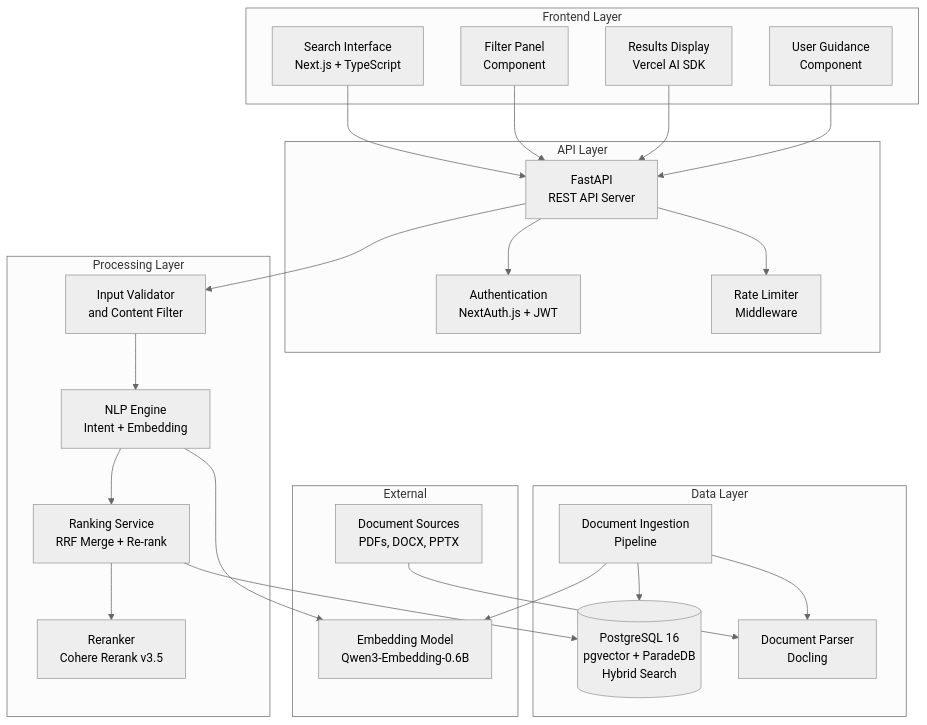
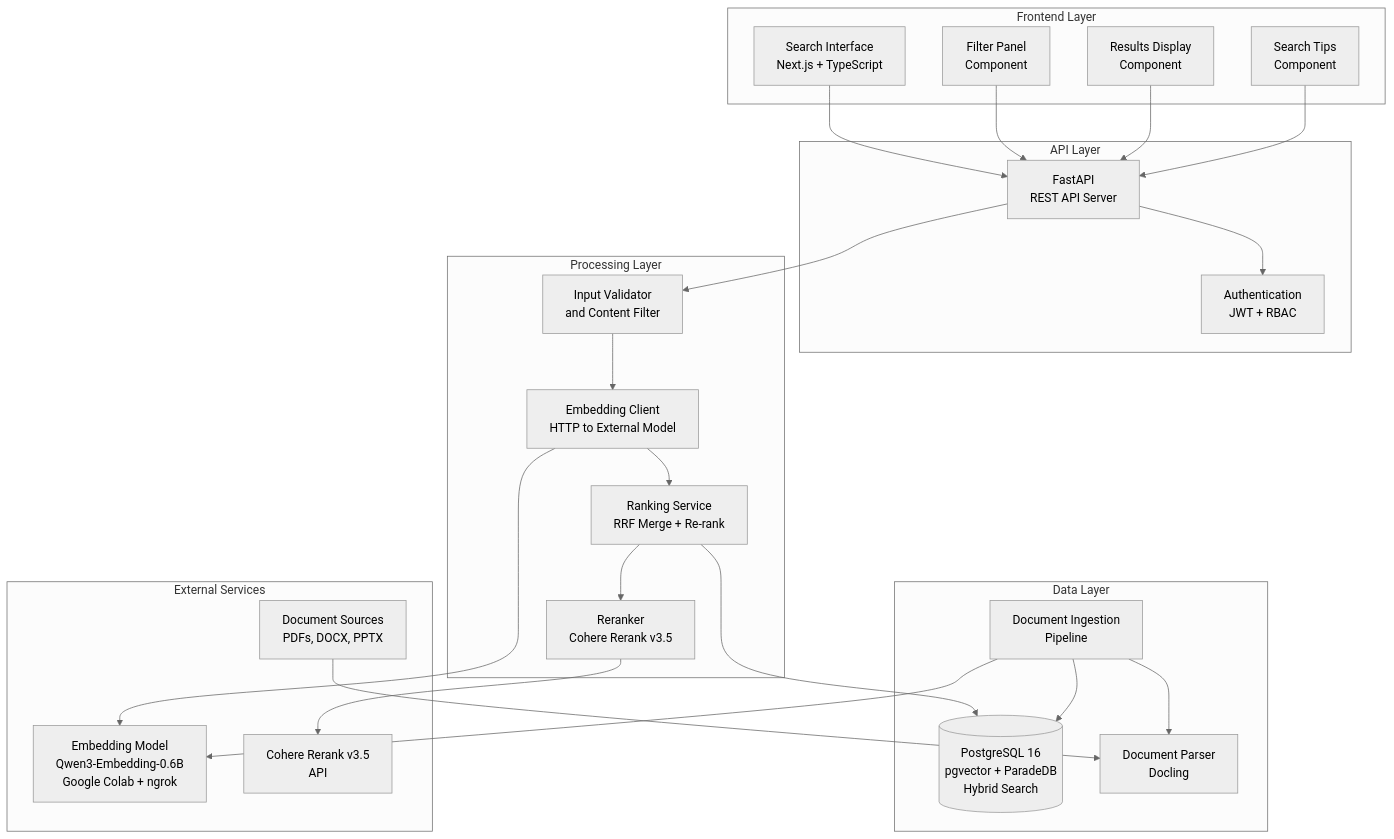
One commit to FlyM1ss/capstone-project changed the diagram in software-engineering/diagrams/component.mmd. Above: the diagram before and after it, drawn with Mermaid (neutral theme). The commit also changed 10 other files, not shown here.

First line of the commit message:
docs: update UML diagrams and add modern high-res renders

```diff
--- a/software-engineering/diagrams/component.mmd
+++ b/software-engineering/diagrams/component.mmd
@@ -1,48 +1,48 @@
 graph TB
     subgraph Frontend Layer
         UI[Search Interface<br/>Next.js + TypeScript]
         Filter[Filter Panel<br/>Component]
-        Results[Results Display<br/>Vercel AI SDK]
-        Guidance[User Guidance<br/>Component]
+        Results[Results Display<br/>Component]
+        Tips[Search Tips<br/>Component]
     end
 
     subgraph API Layer
         API[FastAPI<br/>REST API Server]
-        Auth[Authentication<br/>NextAuth.js + JWT]
-        RateLimit[Rate Limiter<br/>Middleware]
+        Auth[Authentication<br/>JWT + RBAC]
     end
 
     subgraph Processing Layer
         InputVal[Input Validator<br/>and Content Filter]
-        NLPEngine[NLP Engine<br/>Intent + Embedding]
+        EmbedClient[Embedding Client<br/>HTTP to External Model]
         Reranker[Reranker<br/>Cohere Rerank v3.5]
         Ranker[Ranking Service<br/>RRF Merge + Re-rank]
     end
 
     subgraph Data Layer
         UnifiedDB[(PostgreSQL 16<br/>pgvector + ParadeDB<br/>Hybrid Search)]
         Ingestion[Document Ingestion<br/>Pipeline]
         DocParser[Document Parser<br/>Docling]
     end
 
-    subgraph External
-        EmbedModel[Embedding Model<br/>Qwen3-Embedding-0.6B]
+    subgraph External Services
+        EmbedModel[Embedding Model<br/>Qwen3-Embedding-0.6B<br/>Google Colab + ngrok]
+        CohereAPI[Cohere Rerank v3.5<br/>API]
         DocSource[Document Sources<br/>PDFs, DOCX, PPTX]
     end
 
     UI --> API
     Filter --> API
     Results --> API
-    Guidance --> API
+    Tips --> API
     API --> Auth
-    API --> RateLimit
     API --> InputVal
-    InputVal --> NLPEngine
-    NLPEngine --> EmbedModel
-    NLPEngine --> Ranker
+    InputVal --> EmbedClient
+    EmbedClient --> EmbedModel
+    EmbedClient --> Ranker
     Ranker --> UnifiedDB
     Ranker --> Reranker
+    Reranker --> CohereAPI
     Ingestion --> UnifiedDB
     Ingestion --> EmbedModel
     Ingestion --> DocParser
     DocSource --> DocParser
```
